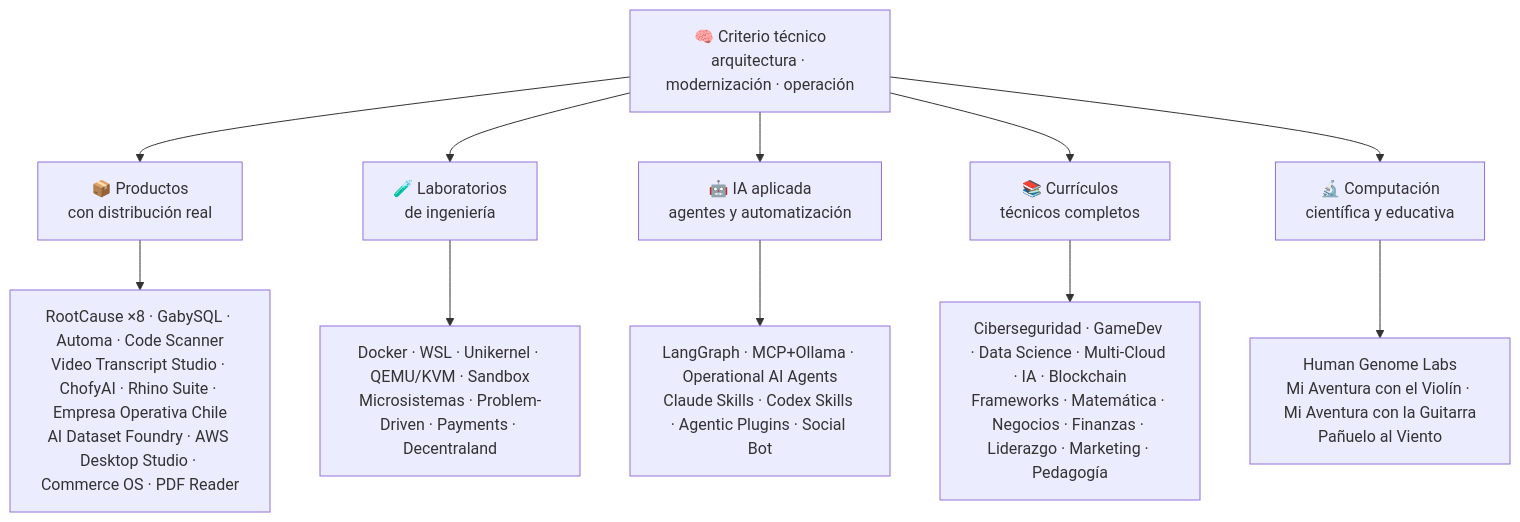
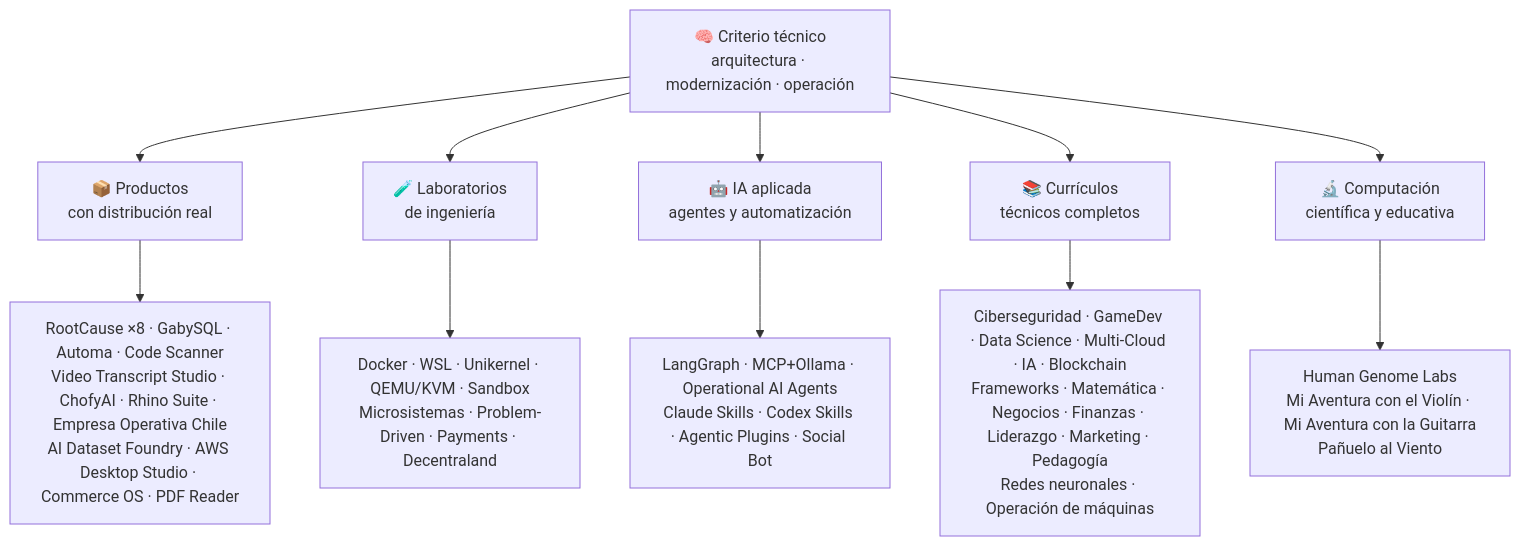
The diagram in README.md (vladimiracunadev-create/vladimiracunadev-create), drawn with Mermaid before and after one commit. The commit also changed other lines of this file and 1 other file, not shown here.

````diff
--- a/README.md
+++ b/README.md
@@ -74,14 +74,14 @@
 ```mermaid
 flowchart TD
     A["🧠 Criterio técnico<br/>arquitectura · modernización · operación"] --> B["📦 Productos<br/>con distribución real"]
     A --> C["🧪 Laboratorios<br/>de ingeniería"]
     A --> D["🤖 IA aplicada<br/>agentes y automatización"]
     A --> E["📚 Currículos<br/>técnicos completos"]
     A --> F["🔬 Computación<br/>científica y educativa"]
 
     B --> B1["RootCause ×8 · GabySQL · Automa · Code Scanner<br/>Video Transcript Studio · ChofyAI · Rhino Suite · Empresa Operativa Chile<br/>AI Dataset Foundry · AWS Desktop Studio · Commerce OS · PDF Reader"]
     C --> C1["Docker · WSL · Unikernel · QEMU/KVM · Sandbox<br/>Microsistemas · Problem-Driven · Payments · Decentraland"]
     D --> D1["LangGraph · MCP+Ollama · Operational AI Agents<br/>Claude Skills · Codex Skills · Agentic Plugins · Social Bot"]
-    E --> E1["Ciberseguridad · GameDev · Data Science · Multi-Cloud · IA · Blockchain<br/>Frameworks · Matemática · Negocios · Finanzas · Liderazgo · Marketing · Pedagogía"]
+    E --> E1["Ciberseguridad · GameDev · Data Science · Multi-Cloud · IA · Blockchain<br/>Frameworks · Matemática · Negocios · Finanzas · Liderazgo · Marketing · Pedagogía<br/>Redes neuronales · Operación de máquinas"]
     F --> F1["Human Genome Labs<br/>Mi Aventura con el Violín · Mi Aventura con la Guitarra<br/>Pañuelo al Viento"]
 ```
````
